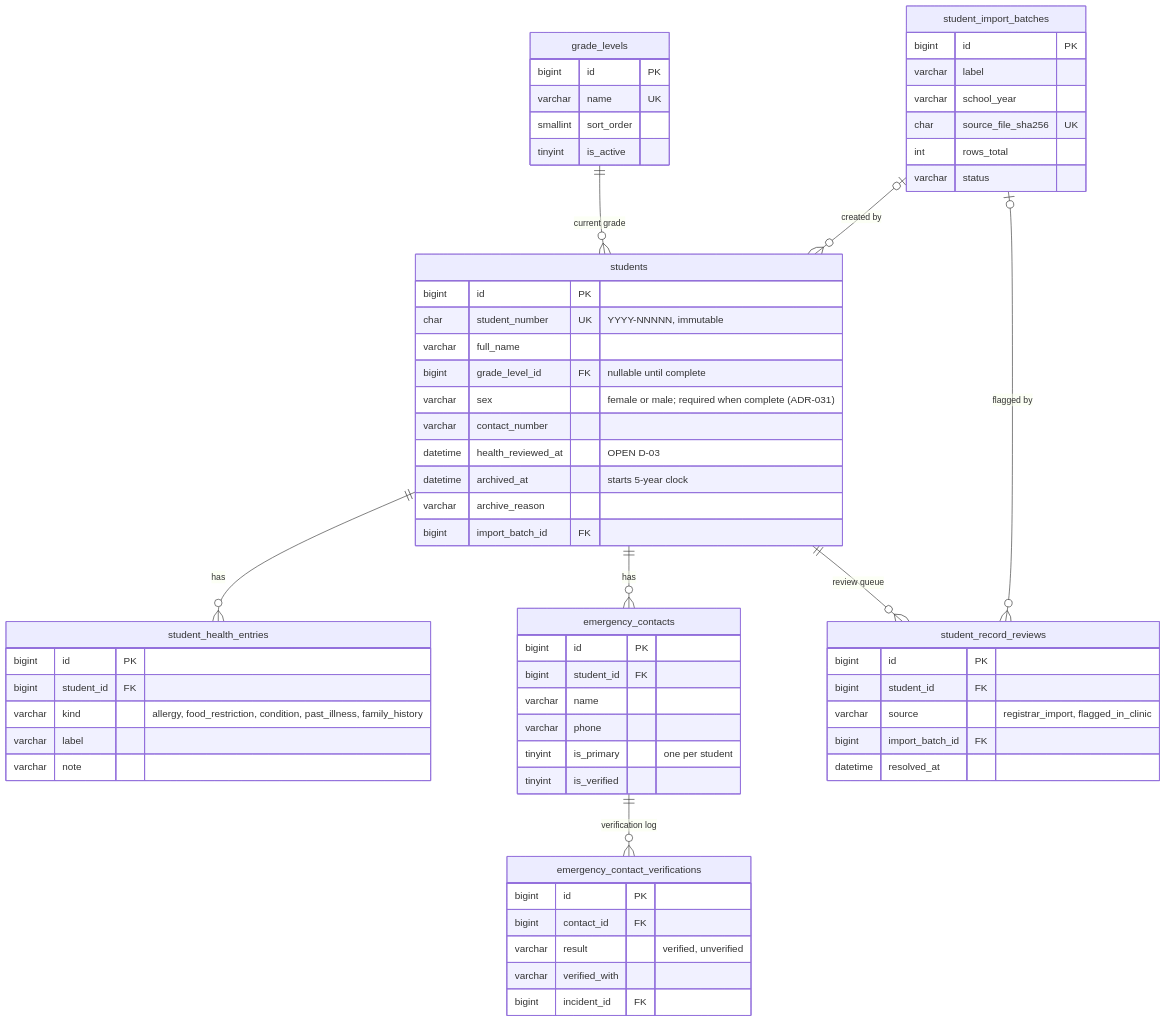
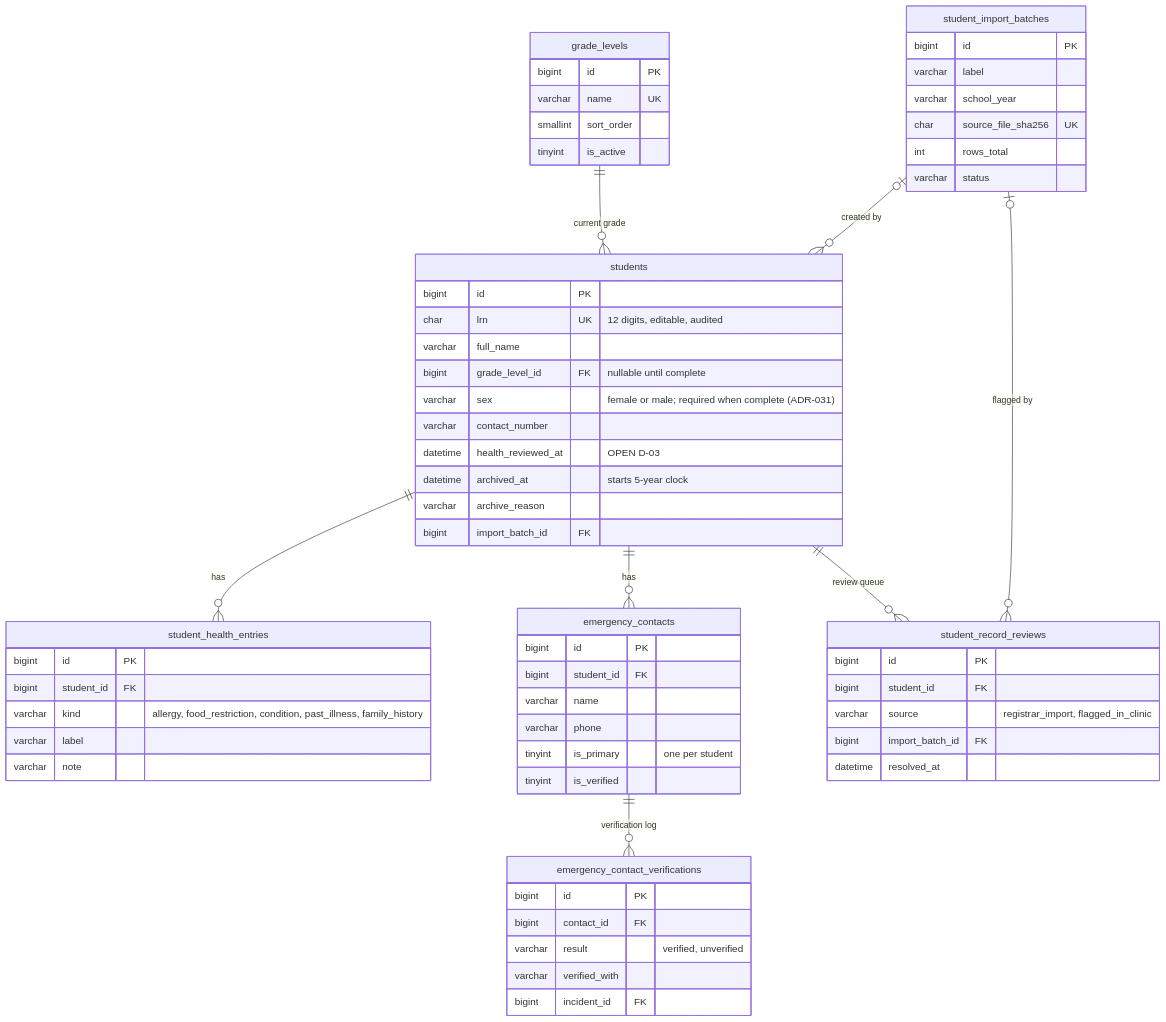
One commit to zekuuu/cliniq changed the second of 6 diagrams in CLINIQ-Knowledge-Base/02-Architecture/Database/ERD.md. Above: the diagram before and after it, drawn with Mermaid. The commit also changed other lines of this file and 6 other files, not shown here.

First line of the commit message:
docs(erd): LRN column and student-id audit snapshot

````diff
--- a/CLINIQ-Knowledge-Base/02-Architecture/Database/ERD.md
+++ b/CLINIQ-Knowledge-Base/02-Architecture/Database/ERD.md
@@ -144,65 +144,65 @@
 ```mermaid
 erDiagram
     grade_levels {
         bigint id PK
         varchar name UK
         smallint sort_order
         tinyint is_active
     }
     student_import_batches {
         bigint id PK
         varchar label
         varchar school_year
         char source_file_sha256 UK
         int rows_total
         varchar status
     }
     students {
         bigint id PK
-        char student_number UK "YYYY-NNNNN, immutable"
+        char lrn UK "12 digits, editable, audited"
         varchar full_name
         bigint grade_level_id FK "nullable until complete"
         varchar sex "female or male; required when complete (ADR-031)"
         varchar contact_number
         datetime health_reviewed_at "OPEN D-03"
         datetime archived_at "starts 5-year clock"
         varchar archive_reason
         bigint import_batch_id FK
     }
     student_health_entries {
         bigint id PK
         bigint student_id FK
         varchar kind "allergy, food_restriction, condition, past_illness, family_history"
         varchar label
         varchar note
     }
     emergency_contacts {
         bigint id PK
         bigint student_id FK
         varchar name
         varchar phone
         tinyint is_primary "one per student"
         tinyint is_verified
     }
     emergency_contact_verifications {
         bigint id PK
         bigint contact_id FK
         varchar result "verified, unverified"
         varchar verified_with
         bigint incident_id FK
     }
     student_record_reviews {
         bigint id PK
         bigint student_id FK
         varchar source "registrar_import, flagged_in_clinic"
         bigint import_batch_id FK
         datetime resolved_at
     }
     grade_levels ||--o{ students : "current grade"
     student_import_batches |o--o{ students : "created by"
     student_import_batches |o--o{ student_record_reviews : "flagged by"
     students ||--o{ student_health_entries : has
     students ||--o{ emergency_contacts : has
     emergency_contacts ||--o{ emergency_contact_verifications : "verification log"
     students ||--o{ student_record_reviews : "review queue"
 ```
````
